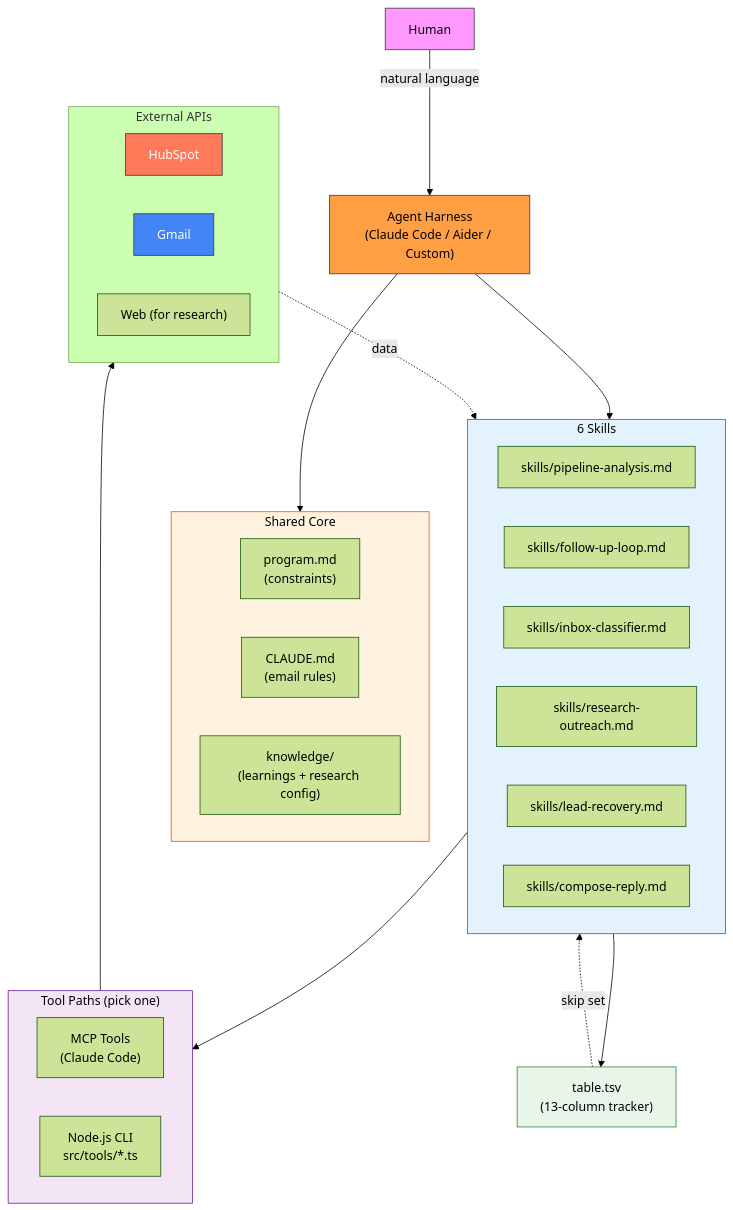
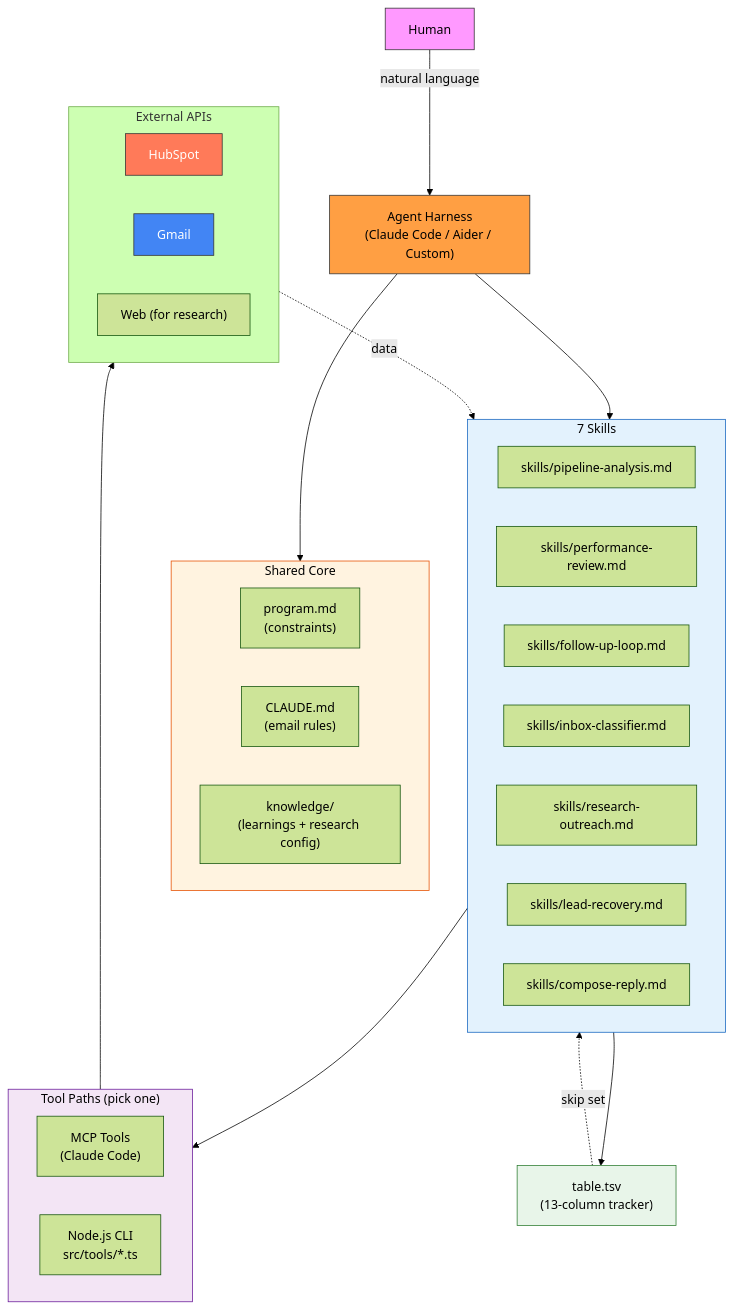
One commit to Connormcc3/hubspot-sales-agent changed the diagram in README.md. Above: the diagram before and after it, drawn with Mermaid (forest theme). The commit also changed other lines of this file and 15 other files, not shown here.

First line of the commit message:
v2.4: Add performance-review skill (closes the feedback loop)

````diff
--- a/README.md
+++ b/README.md
@@ -44,51 +45,52 @@
 ```mermaid
 flowchart TB
     Human["Human"]
     Harness["Agent Harness\n(Claude Code / Aider / Custom)"]
 
     subgraph Shared["Shared Core"]
         Program["program.md\n(constraints)"]
         CLAUDE["CLAUDE.md\n(email rules)"]
         Knowledge["knowledge/\n(learnings + research config)"]
     end
 
-    subgraph Skills["6 Skills"]
+    subgraph Skills["7 Skills"]
         Skill0["skills/pipeline-analysis.md"]
-        Skill1["skills/follow-up-loop.md"]
-        Skill2["skills/inbox-classifier.md"]
-        Skill3["skills/research-outreach.md"]
-        Skill4["skills/lead-recovery.md"]
-        Skill5["skills/compose-reply.md"]
+        Skill1["skills/performance-review.md"]
+        Skill2["skills/follow-up-loop.md"]
+        Skill3["skills/inbox-classifier.md"]
+        Skill4["skills/research-outreach.md"]
+        Skill5["skills/lead-recovery.md"]
+        Skill6["skills/compose-reply.md"]
     end
 
     subgraph Tools["Tool Paths (pick one)"]
         MCP["MCP Tools\n(Claude Code)"]
         CLI["Node.js CLI\nsrc/tools/*.ts"]
     end
 
     subgraph APIs["External APIs"]
         HubSpot["HubSpot"]
         Gmail["Gmail"]
         Web["Web (for research)"]
     end
 
     Tracker["table.tsv\n(13-column tracker)"]
 
     Human -->|natural language| Harness
     Harness --> Shared
     Harness --> Skills
     Skills --> Tools
     Tools --> APIs
     Skills --> Tracker
     APIs -.->|data| Skills
     Tracker -.->|skip set| Skills
 
     style Human fill:#f9f,stroke:#333,color:#000
     style Harness fill:#ff9f43,stroke:#333,color:#000
     style HubSpot fill:#ff7a59,stroke:#333,color:#fff
     style Gmail fill:#4285f4,stroke:#333,color:#fff
     style Tracker fill:#e8f5e9,stroke:#2e7d32,color:#000
     style Shared fill:#fff3e0,stroke:#e65100,color:#000
     style Skills fill:#e3f2fd,stroke:#1565c0,color:#000
     style Tools fill:#f3e5f5,stroke:#6a1b9a,color:#000
 ```
````
